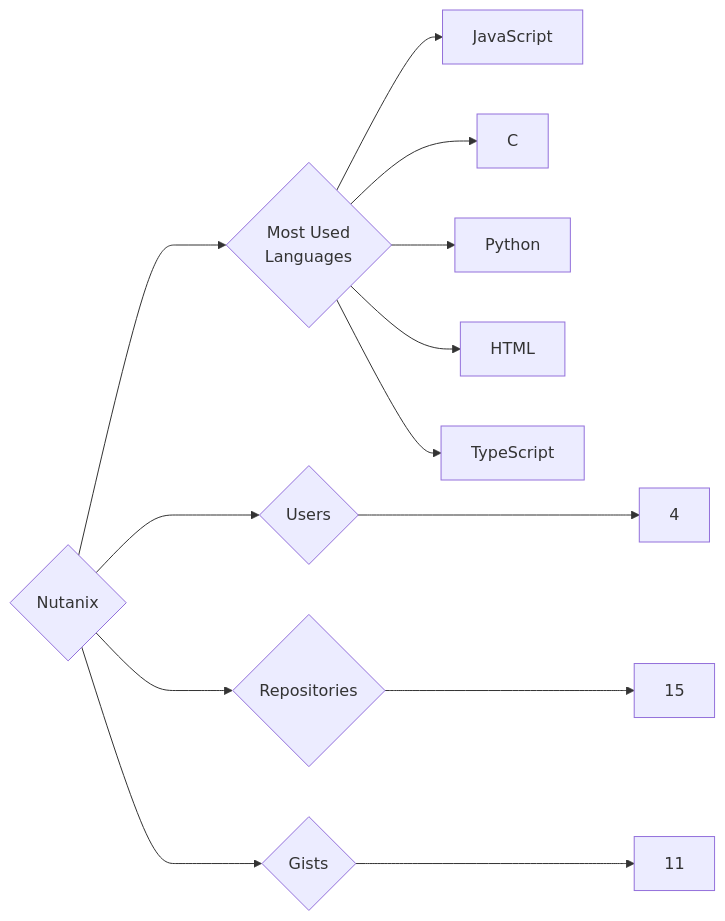
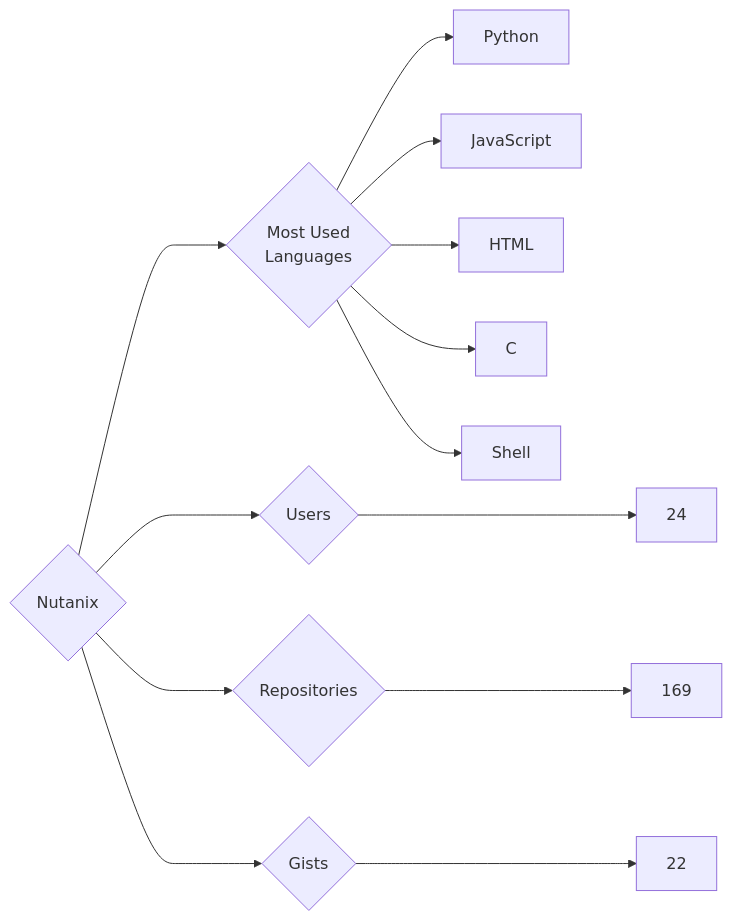
Before and after one commit to trickest/insiders: the diagram in targets/Nutanix/README.md, drawn with Mermaid. The commit also changed 973 other files, not shown here.

````diff
--- a/targets/Nutanix/README.md
+++ b/targets/Nutanix/README.md
@@ -3,13 +3,13 @@
 ```mermaid
 graph LR
 COMPANY_NAME{Nutanix}
-COMPANY_NAME ---> U{Users} ---> UN[4]
-COMPANY_NAME ---> R{Repositories} ---> RN[15]
-COMPANY_NAME ---> G{Gists} ---> GN[11]
+COMPANY_NAME ---> U{Users} ---> UN[24]
+COMPANY_NAME ---> R{Repositories} ---> RN[169]
+COMPANY_NAME ---> G{Gists} ---> GN[22]
 COMPANY_NAME ---> ML{Most Used<br>Languages}
+ML --> Python[Python]
 ML --> JavaScript[JavaScript]
+ML --> HTML[HTML]
 ML --> C[C]
-ML --> Python[Python]
-ML --> HTML[HTML]
-ML --> TypeScript[TypeScript]
+ML --> Shell[Shell]
 ```
````
